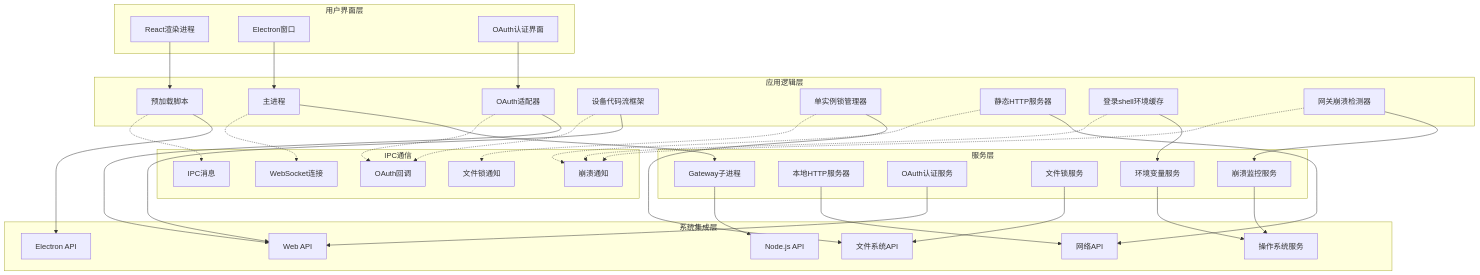
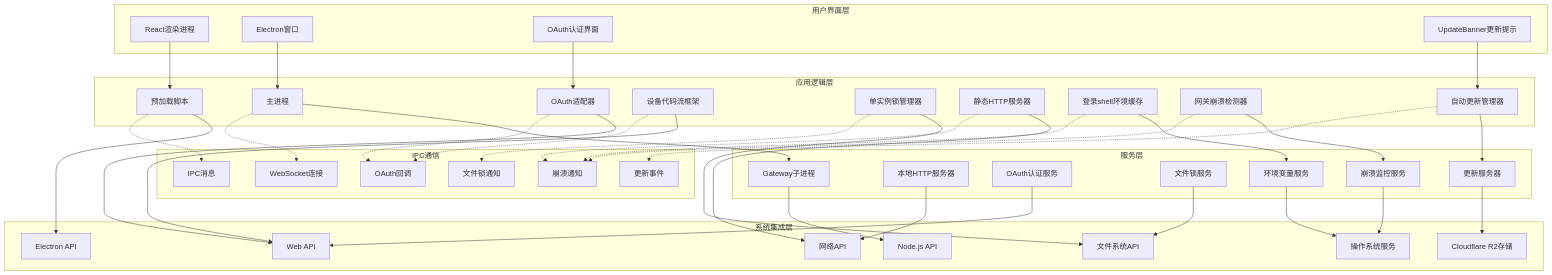
The second of 32 diagrams in .qoder/repowiki/zh/content/核心概念/Electron应用增强.md (verse-ai-org/openclaw), drawn with Mermaid before and after one commit. The commit also changed other lines of this file and 23 other files, not shown here.

````diff
--- a/.qoder/repowiki/zh/content/核心概念/Electron应用增强.md
+++ b/.qoder/repowiki/zh/content/核心概念/Electron应用增强.md
@@ -183,66 +204,75 @@
 ```mermaid
 graph TB
 subgraph "用户界面层"
 A[React渲染进程]
 B[Electron窗口]
 C[OAuth认证界面]
+D[UpdateBanner更新提示]
 end
 subgraph "应用逻辑层"
-D[主进程]
-E[预加载脚本]
-F[OAuth适配器]
-G[设备代码流框架]
-H[单实例锁管理器]
-I[静态HTTP服务器]
-J[登录shell环境缓存]
-K[网关崩溃检测器]
+E[主进程]
+F[预加载脚本]
+G[OAuth适配器]
+H[设备代码流框架]
+I[单实例锁管理器]
+J[静态HTTP服务器]
+K[登录shell环境缓存]
+L[网关崩溃检测器]
+M[自动更新管理器]
 end
 subgraph "服务层"
-L[Gateway子进程]
-M[本地HTTP服务器]
-N[OAuth认证服务]
-O[文件锁服务]
-P[环境变量服务]
-Q[崩溃监控服务]
+N[Gateway子进程]
+O[本地HTTP服务器]
+P[OAuth认证服务]
+Q[文件锁服务]
+R[环境变量服务]
+S[崩溃监控服务]
+T[更新服务器]
 end
 subgraph "系统集成层"
-R[Node.js API]
-S[Electron API]
-T[操作系统服务]
-U[Web API]
-V[文件系统API]
-W[网络API]
+U[Node.js API]
+V[Electron API]
+W[操作系统服务]
+X[Web API]
+Y[文件系统API]
+Z[网络API]
+AA[Cloudflare R2存储]
 end
-A --> E
-B --> D
-C --> F
-D --> L
-E --> S
-F --> U
-G --> U
-H --> V
-I --> W
-J --> P
-K --> Q
-L --> R
-M --> W
+A --> F
+B --> E
+C --> G
+D --> M
+E --> N
+F --> V
+G --> X
+H --> X
+I --> Y
+J --> Z
+K --> R
+L --> S
+M --> T
 N --> U
-O --> V
-P --> T
-Q --> T
+O --> Z
+P --> X
+Q --> Y
+R --> W
+S --> W
+T --> AA
 subgraph "IPC通信"
-X[IPC消息]
-Y[WebSocket连接]
-Z[OAuth回调]
-AA[文件锁通知]
-BB[崩溃通知]
+AB[IPC消息]
+AC[WebSocket连接]
+AD[OAuth回调]
+AE[文件锁通知]
+AF[崩溃通知]
+AG[更新事件]
 end
-E -.-> X
-D -.-> Y
-F -.-> Z
-G -.-> Z
-H -.-> AA
-I -.-> BB
-J -.-> BB
-K -.-> BB
+F -.-> AB
+E -.-> AC
+G -.-> AD
+H -.-> AD
+I -.-> AE
+J -.-> AF
+K -.-> AF
+L -.-> AF
+M -.-> AG
 ```
````
